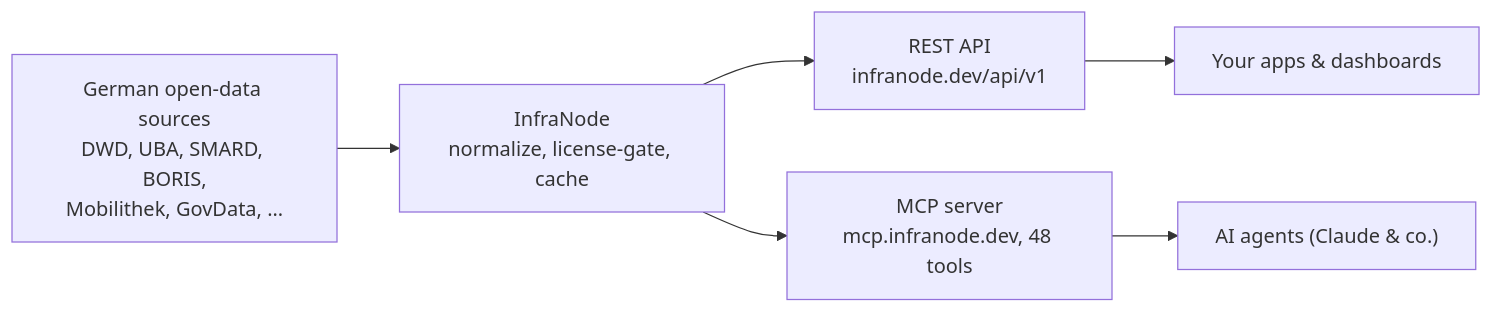
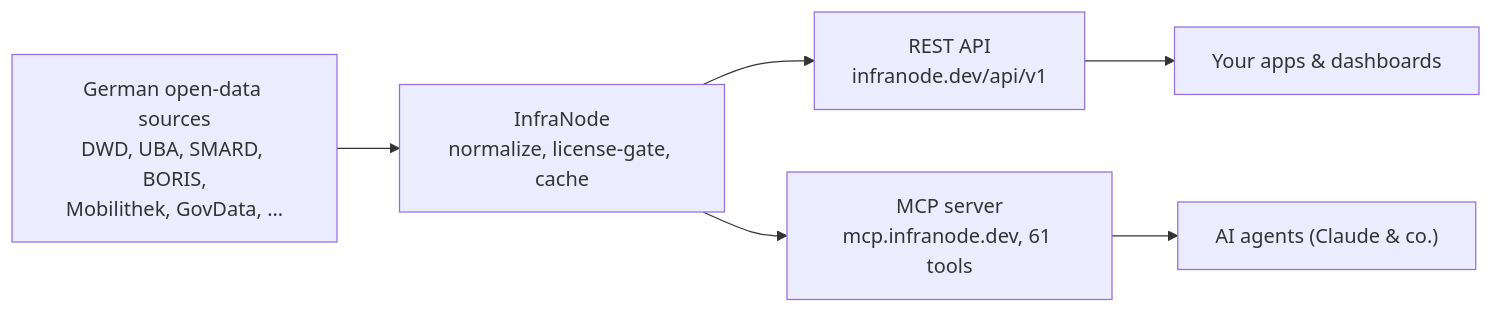
Before and after one commit to street1983nk/infranode: the diagram in README.md, drawn with Mermaid. The commit also changed 38 other files, not shown here.

````diff
--- a/README.md
+++ b/README.md
@@ -30,8 +30,8 @@
 ```mermaid
 flowchart LR
     SRC["German open-data sources<br/>DWD, UBA, SMARD, BORIS,<br/>Mobilithek, GovData, ..."] --> CORE["InfraNode<br/>normalize, license-gate, cache"]
     CORE --> API["REST API<br/>infranode.dev/api/v1"]
-    CORE --> MCP["MCP server<br/>mcp.infranode.dev, 48 tools"]
+    CORE --> MCP["MCP server<br/>mcp.infranode.dev, 61 tools"]
     API --> APPS["Your apps &amp; dashboards"]
     MCP --> AGENTS["AI agents (Claude &amp; co.)"]
 ```
````
